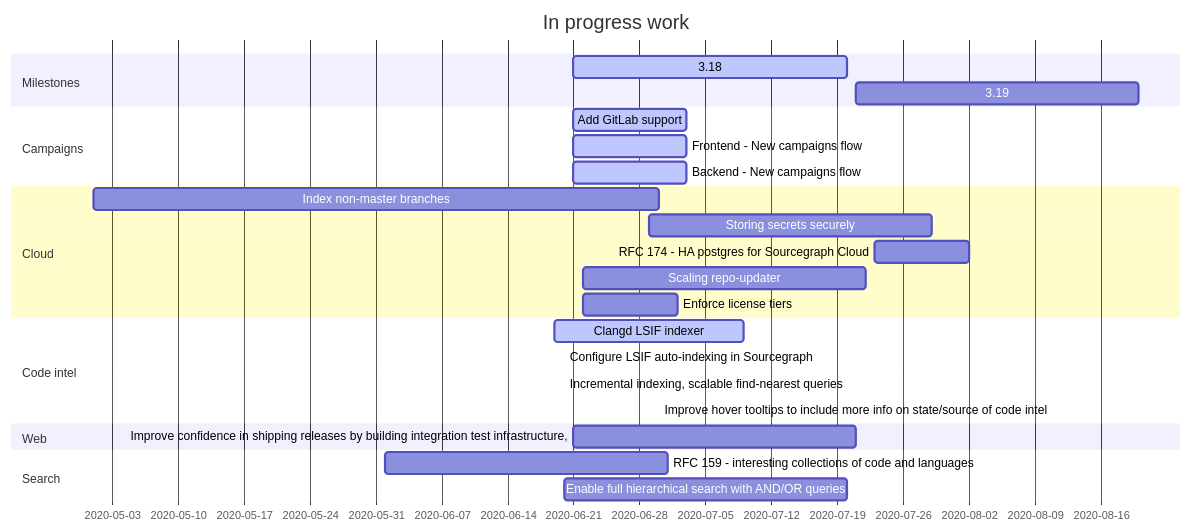
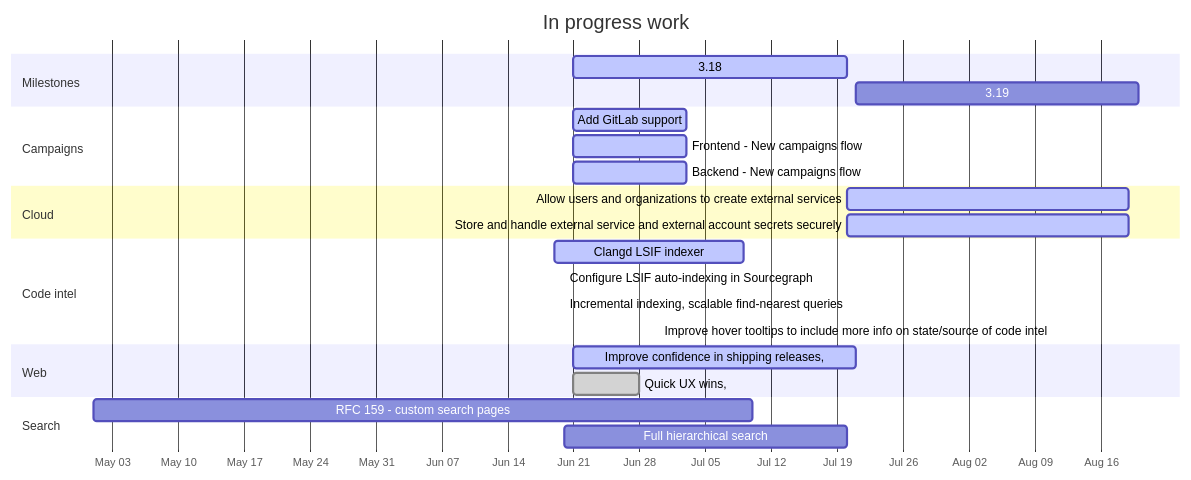
One commit to sourcegraph/about changed the diagram in handbook/product/roadmap.md. Above: the diagram before and after it, drawn with Mermaid. The commit also changed other lines of this file and 4 other files, not shown here.

Commit message:
improve format, updates

```diff
--- a/handbook/product/roadmap.md
+++ b/handbook/product/roadmap.md
@@ -3,34 +7,33 @@
 <pre class="mermaid" data-rendered-width="150%" data-scroll-right="50%">
 gantt
     title In progress work
     dateFormat YYYY-MM-DD
+    axisFormat %b %d
 
 section Milestones
     3.18 :active, release-3.18, 2020-06-21, 2020-07-20
     3.19 :release-3.19, 2020-07-21, 2020-08-20
 
 section Campaigns
     Add GitLab support :active, 2020-06-21, 12d
     Frontend - New campaigns flow :active, 2020-06-21, 12d
     Backend - New campaigns flow :active, 2020-06-21, 12d
 
 section Cloud
-    Index non-master branches :2020-05-01, 60d
-    Storing secrets securely :2020-06-29, 30d
-    RFC 174 - HA postgres for Sourcegraph Cloud :2020-07-23, 10d
-    Scaling repo-updater :2020-06-22, 30d
-    Enforce license tiers :2020-06-22, 10d
+    Allow users and organizations to create external services :active, 2020-07-20, 30d
+    Store and handle external service and external account secrets securely :active, 2020-07-20, 30d
 
 section Code intel
     Clangd LSIF indexer :active, 2020-06-19, 20d
     Configure LSIF auto-indexing in Sourcegraph :active, 2020-06-20, 0d
     Incremental indexing, scalable find-nearest queries :active, 2020-06-20, 0d
     Improve hover tooltips to include more info on state/source of code intel :active, 2020-06-30, 0d
 
 section Web
-    Improve confidence in shipping releases by building integration test infrastructure, :2020-06-21, 30d
+    Improve confidence in shipping releases, :active, 2020-06-21, 30d
+    Quick UX wins, :done, 2020-06-21, 7d
 
 section Search
-    RFC 159 - interesting collections of code and languages :2020-06-01, 30d
-    Enable full hierarchical search with AND/OR queries :2020-06-20, 30d
+    RFC 159 - custom search pages :2020-05-01, 70d
+    Full hierarchical search :2020-06-20, 30d
 </pre>
```
